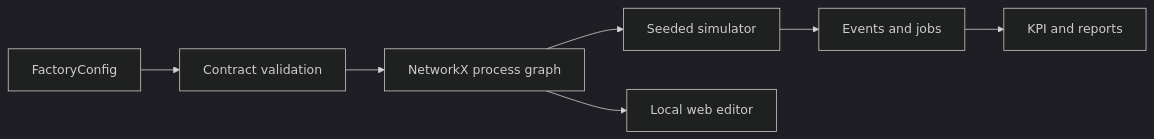
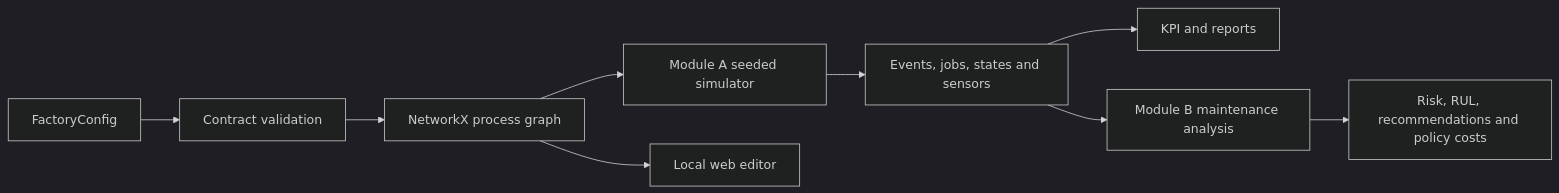
The diagram in docs/architecture.md (Mariusppgn/Digital-Tween-4.0-Industry-), drawn with Mermaid (dark theme) before and after one commit. The commit also changed other lines of this file and 61 other files, not shown here.

````diff
--- a/docs/architecture.md
+++ b/docs/architecture.md
@@ -18,9 +28,11 @@
 ```mermaid
 flowchart LR
   Config[FactoryConfig] --> Validate[Contract validation]
   Validate --> Graph[NetworkX process graph]
-  Graph --> Sim[Seeded simulator]
+  Graph --> Sim[Module A seeded simulator]
   Graph --> Editor[Local web editor]
-  Sim --> Events[Events and jobs]
-  Events --> KPI[KPI and reports]
+  Sim --> Ops[Events, jobs, states and sensors]
+  Ops --> KPI[KPI and reports]
+  Ops --> Maint[Module B maintenance analysis]
+  Maint --> Advice[Risk, RUL, recommendations and policy costs]
 ```
````
